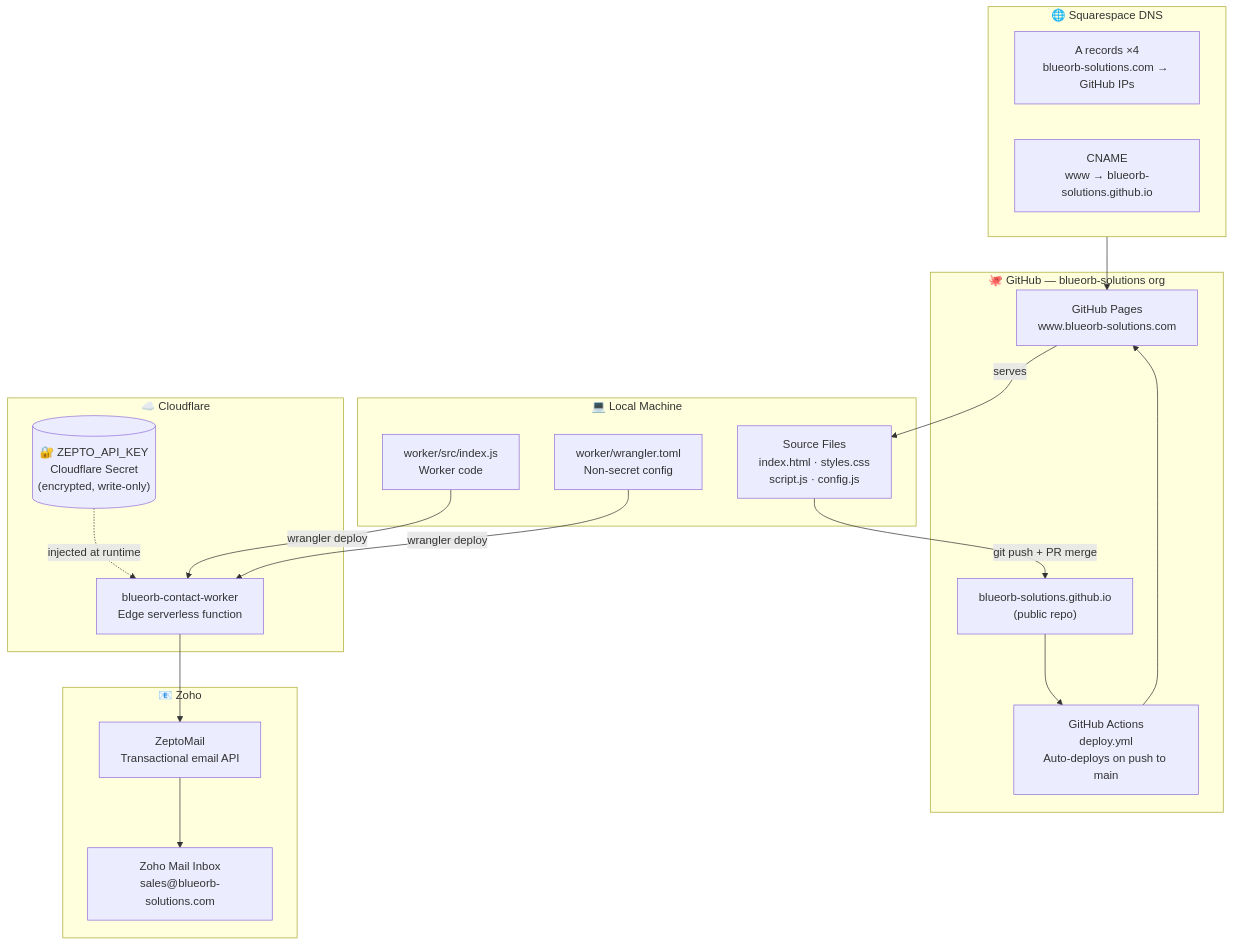
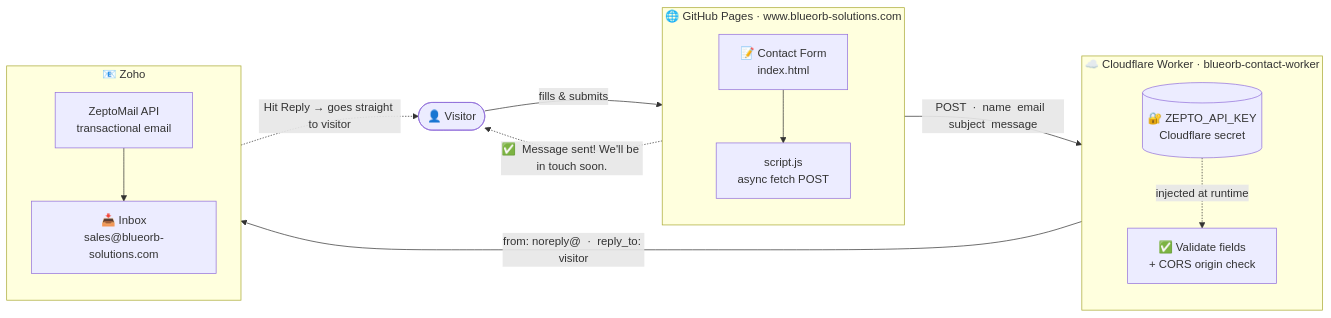
Before and after one commit to blueorb-solutions/blueorb-solutions.github.io: the diagram in ARCHITECTURE.md, drawn with Mermaid. The commit also changed other lines of this file and 2 other files, not shown here.

First line of the commit message:
docs: simplify to one clean architecture flow diagram

````diff
--- a/ARCHITECTURE.md
+++ b/ARCHITECTURE.md
@@ -10,38 +8,31 @@
 ```mermaid
-graph TD
-    subgraph LOCAL["💻 Local Machine"]
-        SRC["Source Files\nindex.html · styles.css\nscript.js · config.js"]
-        WTOML["worker/wrangler.toml\nNon-secret config"]
-        WIDX["worker/src/index.js\nWorker code"]
+flowchart LR
+    VIS(["👤 Visitor"])
+
+    subgraph SITE ["🌐  GitHub Pages  ·  www.blueorb-solutions.com"]
+        direction TB
+        FORM["📝 Contact Form\nindex.html"]
+        JS["script.js\nasync fetch POST"]
+        FORM --> JS
     end
 
-    subgraph GITHUB["🐙 GitHub — blueorb-solutions org"]
-        REPO["blueorb-solutions.github.io\n(public repo)"]
-        GA["GitHub Actions\ndeploy.yml\nAuto-deploys on push to main"]
-        PAGES["GitHub Pages\nwww.blueorb-solutions.com"]
-        REPO --> GA --> PAGES
+    subgraph WORKER ["☁️  Cloudflare Worker  ·  blueorb-contact-worker"]
+        direction TB
+        VAL["✅ Validate fields\n+ CORS origin check"]
+        KEY[("🔐 ZEPTO_API_KEY\nCloudflare secret")]
+        KEY -. injected at runtime .-> VAL
     end
 
-    subgraph DNS["🌐 Squarespace DNS"]
-        AREC["A records ×4\nblueorb-solutions.com → GitHub IPs"]
-        CNAME["CNAME\nwww → blueorb-solutions.github.io"]
-    end
-
-    subgraph CF["☁️ Cloudflare"]
-        WORKER["blueorb-contact-worker\nEdge serverless function"]
-        SECRET[("🔐 ZEPTO_API_KEY\nCloudflare Secret\n(encrypted, write-only)")]
-        SECRET -. injected at runtime .-> WORKER
-    end
-
-    subgraph ZOHO["📧 Zoho"]
-        ZEPTO["ZeptoMail\nTransactional email API"]
-        INBOX["Zoho Mail Inbox\nsales@blueorb-solutions.com"]
+    subgraph ZOHO ["📧  Zoho"]
+        direction TB
+        ZEPTO["ZeptoMail API\ntransactional email"]
+        INBOX["📥 Inbox\nsales@blueorb-solutions.com"]
         ZEPTO --> INBOX
     end
 
-    SRC -- git push + PR merge --> REPO
-    WIDX & WTOML -- wrangler deploy --> WORKER
-    DNS --> PAGES
-    PAGES -- serves --> SRC
-    WORKER --> ZEPTO
+    VIS    -->|"fills & submits"| FORM
+    JS     -->|"POST  ·  name  email  subject  message"| VAL
+    VAL    -->|"from: noreply@  ·  reply_to: visitor"| ZEPTO
+    INBOX  -. "Hit Reply → goes straight to visitor" .-> VIS
+    JS     -. "✅  Message sent! We'll be in touch soon." .-> VIS
 ```
````
